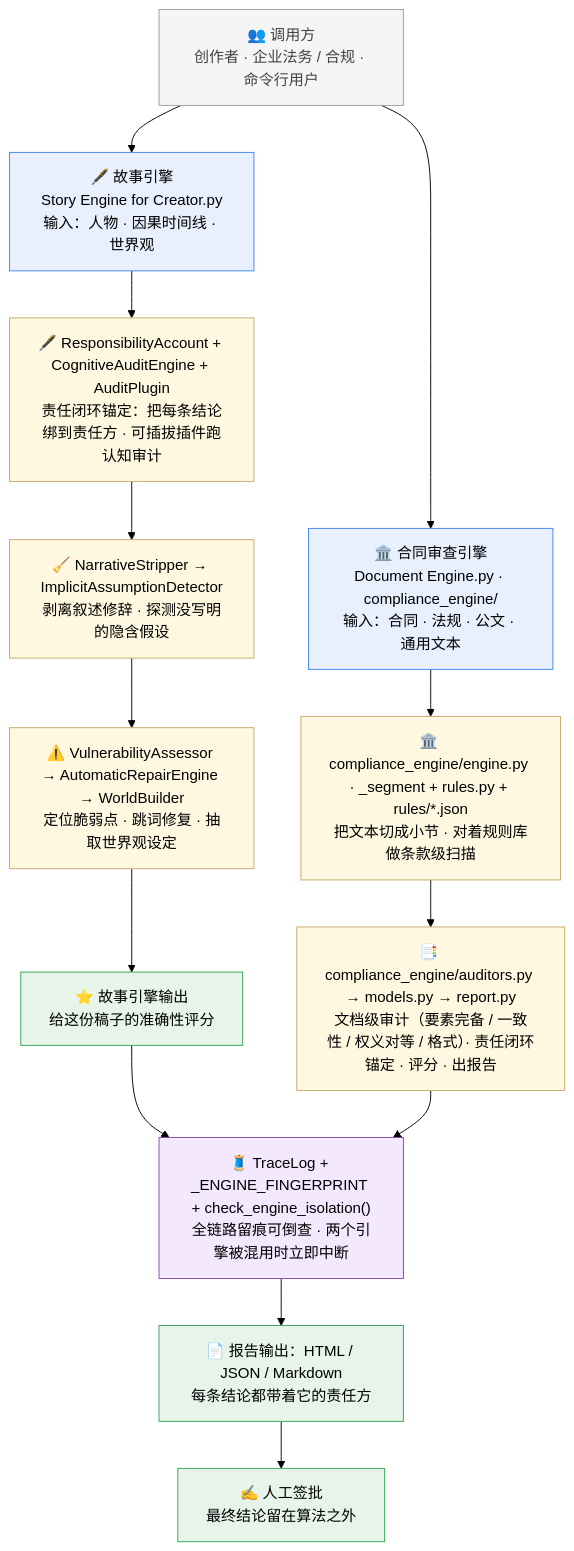
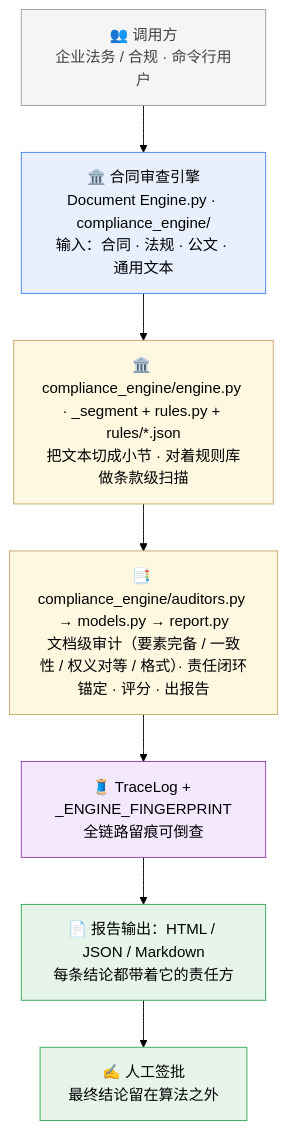
The diagram in README.md (nohn3043-arch/ducument-engine), drawn with Mermaid (forest theme) before and after one commit. The commit also changed other lines of this file and 18 other files, not shown here.

````diff
--- a/README.md
+++ b/README.md
@@ -44,42 +40,30 @@
 ```mermaid
 flowchart TB
-    UP["👥 调用方<br/>创作者 · 企业法务 / 合规 · 命令行用户"]
-
-    CIN["🖋️ 故事引擎<br/>Story Engine for Creator.py<br/>输入：人物 · 因果时间线 · 世界观"]
-    C1["🖋️ ResponsibilityAccount + CognitiveAuditEngine + AuditPlugin<br/>责任闭环锚定：把每条结论绑到责任方 · 可插拔插件跑认知审计"]
-    C2["🧹 NarrativeStripper → ImplicitAssumptionDetector<br/>剥离叙述修辞 · 探测没写明的隐含假设"]
-    C3["⚠️ VulnerabilityAssessor → AutomaticRepairEngine → WorldBuilder<br/>定位脆弱点 · 跳词修复 · 抽取世界观设定"]
-    COUT["⭐ 故事引擎输出<br/>给这份稿子的准确性评分"]
+    UP["👥 调用方<br/>企业法务 / 合规 · 命令行用户"]
 
     DIN["🏛️ 合同审查引擎<br/>Document Engine.py · compliance_engine/<br/>输入：合同 · 法规 · 公文 · 通用文本"]
     D1["🏛️ compliance_engine/engine.py · _segment + rules.py + rules/*.json<br/>把文本切成小节 · 对着规则库做条款级扫描"]
     D2["📑 compliance_engine/auditors.py → models.py → report.py<br/>文档级审计（要素完备 / 一致性 / 权义对等 / 格式）· 责任闭环锚定 · 评分 · 出报告"]
 
-    SH["🧵 TraceLog + _ENGINE_FINGERPRINT + check_engine_isolation()<br/>全链路留痕可倒查 · 两个引擎被混用时立即中断"]
+    SH["🧵 TraceLog + _ENGINE_FINGERPRINT<br/>全链路留痕可倒查"]
     OUT["📄 报告输出：HTML / JSON / Markdown<br/>每条结论都带着它的责任方"]
     HUMAN["✍️ 人工签批<br/>最终结论留在算法之外"]
 
-    UP --> CIN
     UP --> DIN
-    CIN --> C1
-    C1 --> C2
-    C2 --> C3
-    C3 --> COUT
     DIN --> D1
     D1 --> D2
-    COUT --> SH
     D2 --> SH
     SH --> OUT
     OUT --> HUMAN
 
     classDef cUp fill:#F5F5F5,stroke:#9E9E9E,stroke-width:1px,color:#424242
     classDef cIn fill:#E8F0FE,stroke:#4285F4,stroke-width:1px;color:#173A66
     classDef cCore fill:#FFF8E1,stroke:#C9A96E,stroke-width:1px;color:#5B4614
     classDef cSide fill:#F3E8FD,stroke:#8E44AD,stroke-width:1px;color:#4A235D
     classDef cOut fill:#E6F4EA,stroke:#34A853,stroke-width:1px;color:#14512B
     class UP cUp
-    class CIN,DIN cIn
-    class C1,C2,C3,D1,D2 cCore
+    class DIN cIn
+    class D1,D2 cCore
     class SH cSide
-    class COUT,OUT,HUMAN cOut
+    class OUT,HUMAN cOut
 ```
````
